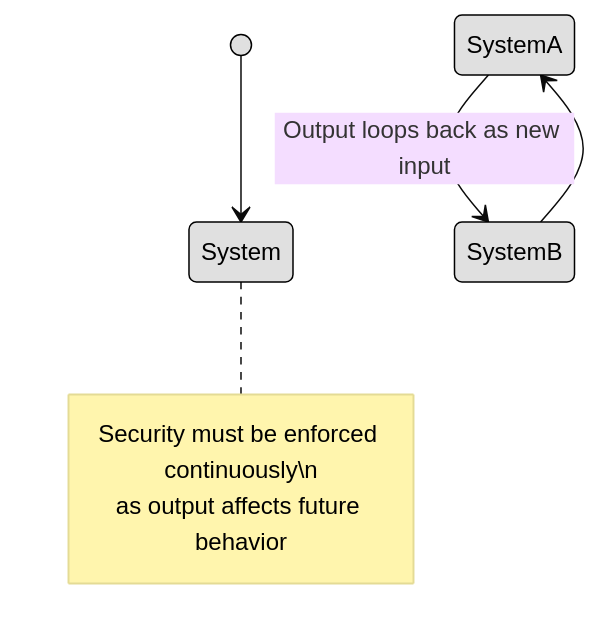
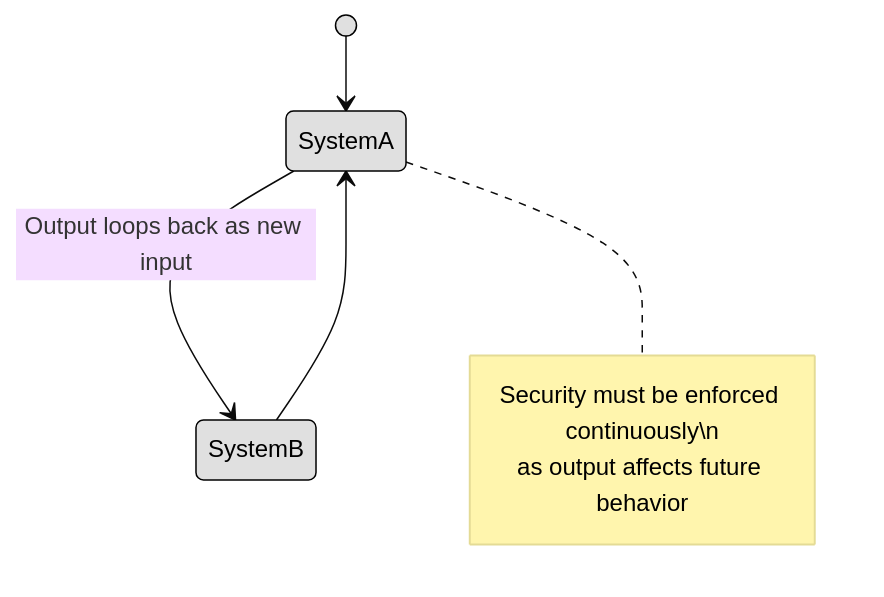
One commit to lorenzoleonelli/CISSP-Zero-to-Hero changed the third of 8 diagrams in DOMAIN3: Security Architecture and Engineering/3.02 Understand the fundamental concepts of security models (e.g. Biba, STar Model, Bell Lapadula).md. Above: the diagram before and after it, drawn with Mermaid (base theme).

Commit message:
Update 3.02 Understand the fundamental concepts of security models (e.g. Biba, STar Model, Bell Lapadula).md

````diff
--- a/DOMAIN3: Security Architecture and Engineering/3.02 Understand the fundamental concepts of security models (e.g. Biba, STar Model, Bell Lapadula).md
+++ b/DOMAIN3: Security Architecture and Engineering/3.02 Understand the fundamental concepts of security models (e.g. Biba, STar Model, Bell Lapadula).md
@@ -58,14 +58,14 @@
 ```mermaid
 stateDiagram-v2
-    [*] --> System
+    [*] --> SystemA
     SystemA --> SystemB : Output loops back as new input
     SystemB --> SystemA
 
-    note right of System
+    note right of SystemA
       Security must be enforced continuously\n
       as output affects future behavior
     end note
 
     classDef center fill:#ffffff,color:#000000,stroke:#000000,stroke-width:1px,font-weight:bold
     classDef node fill:#e0e0e0,color:#000000,stroke:#000000,stroke-width:1px
 ```
````
